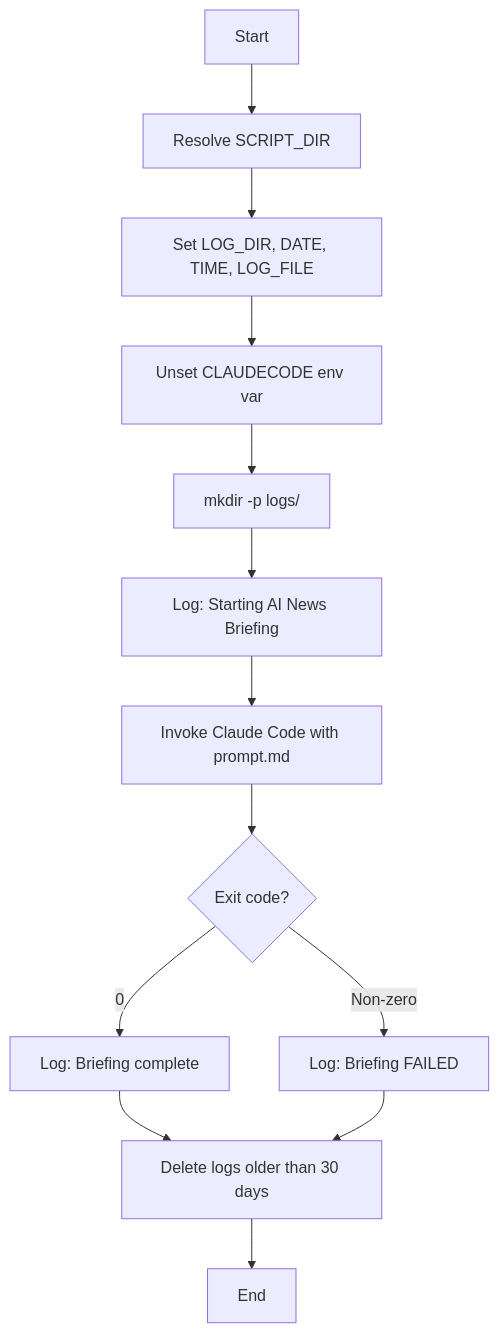
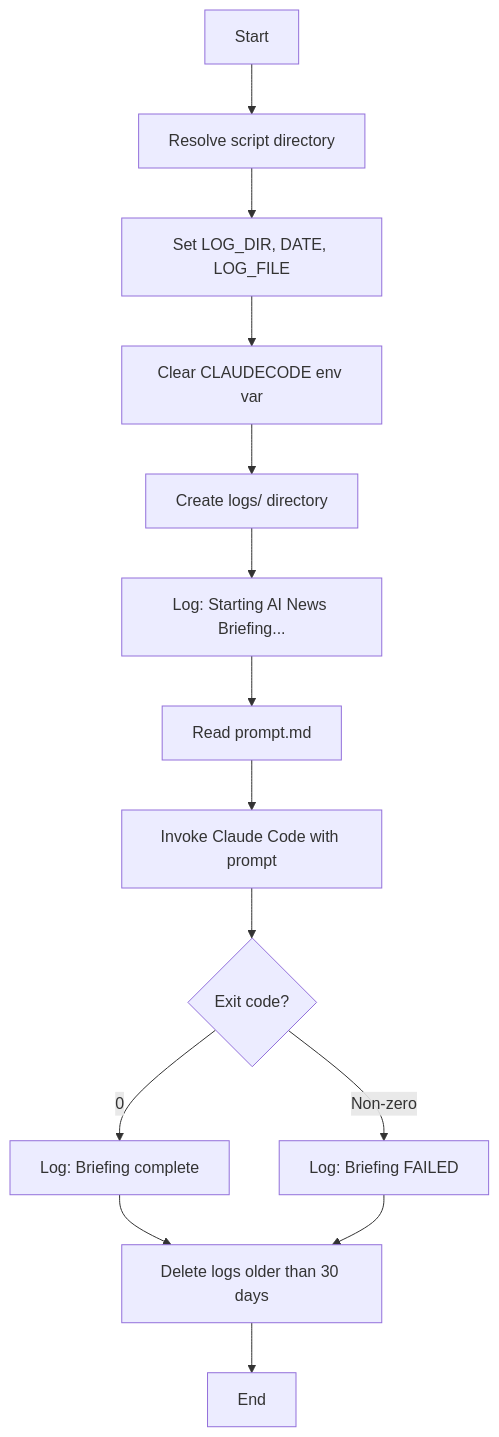
The fourth of 11 diagrams in ARCHITECTURE.md (hoangsonww/ai-news-briefing), drawn with Mermaid before and after one commit. The commit also changed other lines of this file and 4 other files, not shown here.

````diff
--- a/ARCHITECTURE.md
+++ b/ARCHITECTURE.md
@@ -136,15 +166,16 @@
 ```mermaid
 graph TD
-    A[Start] --> B[Resolve SCRIPT_DIR]
-    B --> C[Set LOG_DIR, DATE, TIME, LOG_FILE]
-    C --> D[Unset CLAUDECODE env var]
-    D --> E[mkdir -p logs/]
-    E --> F[Log: Starting AI News Briefing]
-    F --> G[Invoke Claude Code with prompt.md]
-    G --> H{Exit code?}
-    H -->|0| I[Log: Briefing complete]
-    H -->|Non-zero| J[Log: Briefing FAILED]
-    I --> K[Delete logs older than 30 days]
-    J --> K
-    K --> L[End]
+    A[Start] --> B[Resolve script directory]
+    B --> C[Set LOG_DIR, DATE, LOG_FILE]
+    C --> D[Clear CLAUDECODE env var]
+    D --> E[Create logs/ directory]
+    E --> F["Log: Starting AI News Briefing..."]
+    F --> G[Read prompt.md]
+    G --> H[Invoke Claude Code with prompt]
+    H --> I{Exit code?}
+    I -->|0| J["Log: Briefing complete"]
+    I -->|Non-zero| K["Log: Briefing FAILED"]
+    J --> L[Delete logs older than 30 days]
+    K --> L
+    L --> M[End]
 ```
````
